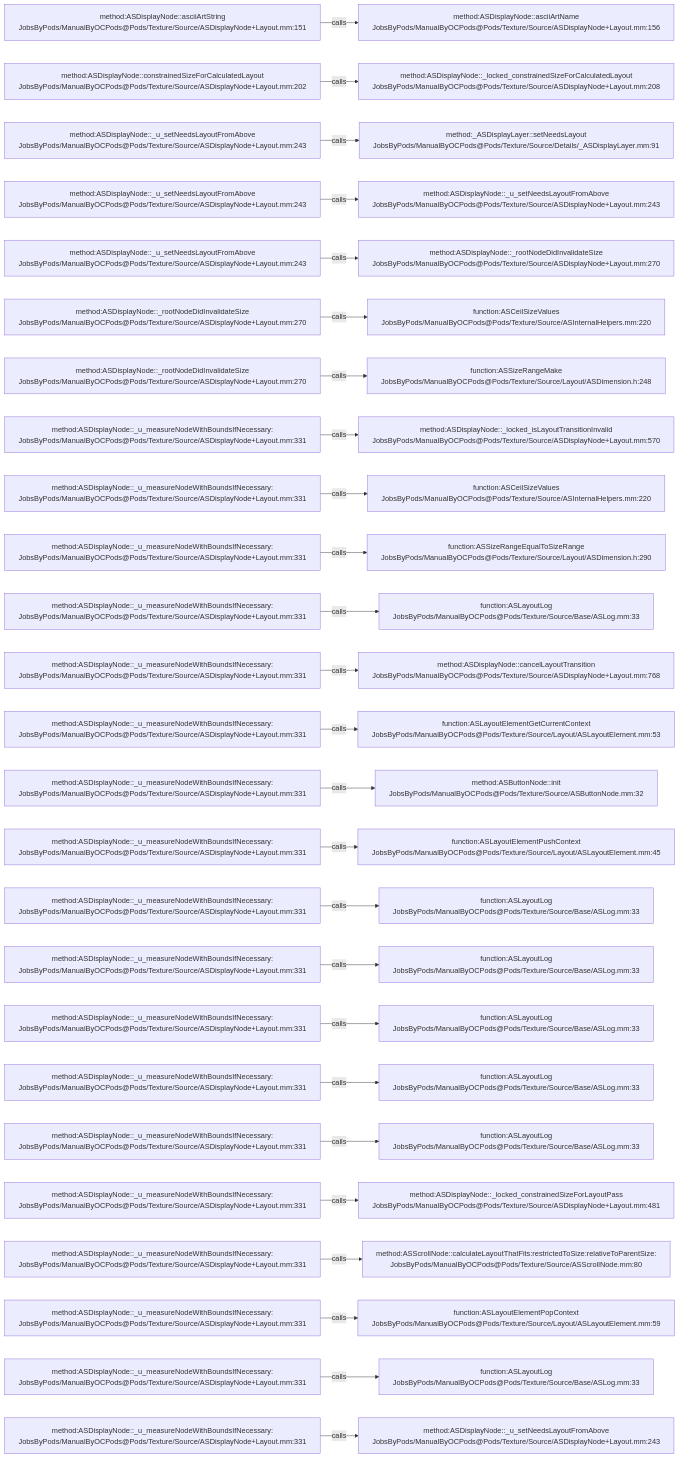
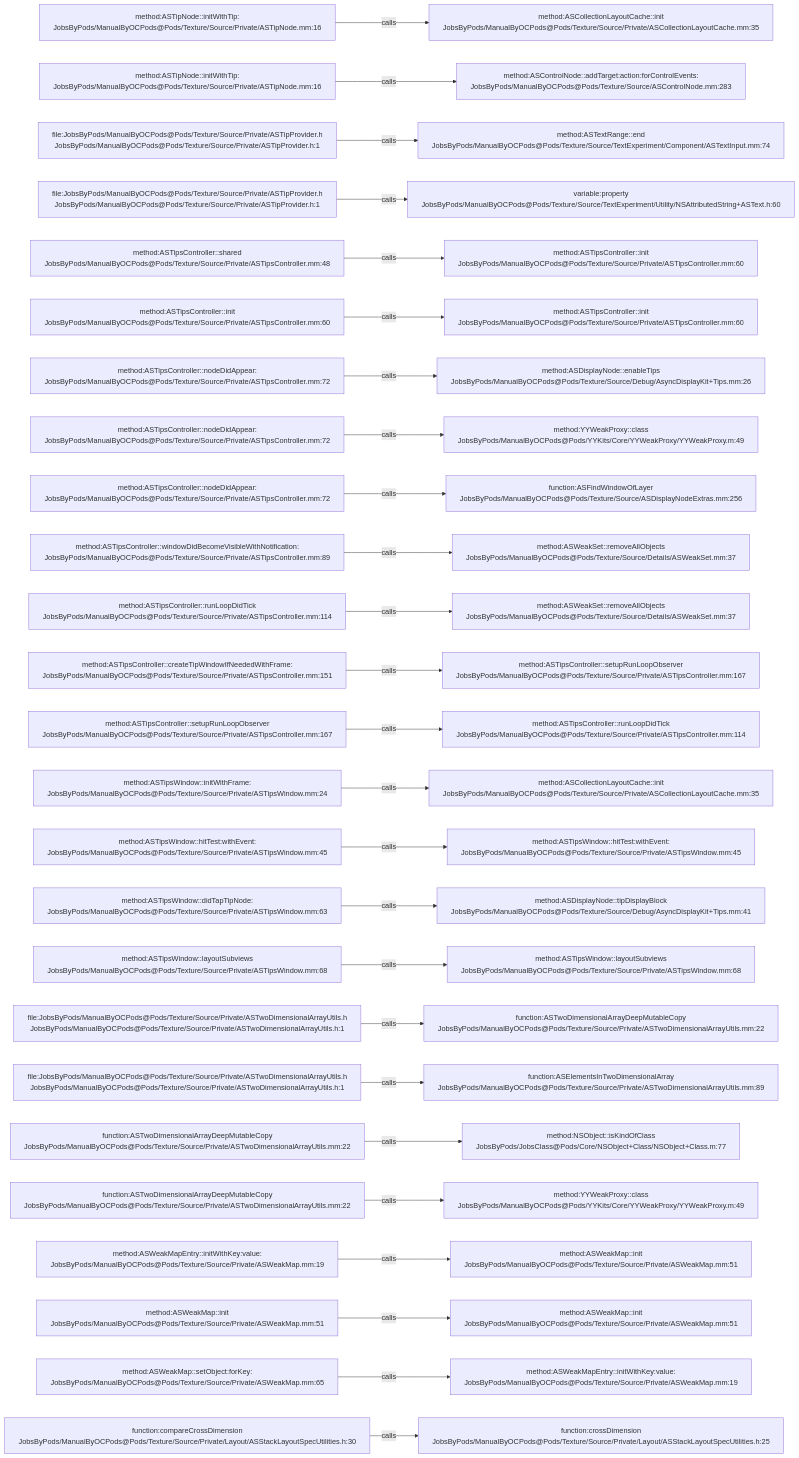
The diagram in .codegraph/codegraph.md/graphs/calls-200.md (JobsKits/JobsOCBaseConfigDemo), drawn with Mermaid before and after one commit. The commit also changed 2162 other files, not shown here.

````diff
--- a/.codegraph/codegraph.md/graphs/calls-200.md
+++ b/.codegraph/codegraph.md/graphs/calls-200.md
@@ -13,78 +13,78 @@
 ```mermaid
 flowchart LR
-  S1["method:ASDisplayNode::asciiArtString<br/>JobsByPods/ManualByOCPods@Pods/Texture/Source/ASDisplayNode+Layout.mm:151"]
-  T1["method:ASDisplayNode::asciiArtName<br/>JobsByPods/ManualByOCPods@Pods/Texture/Source/ASDisplayNode+Layout.mm:156"]
+  S1["method:ASTipNode::initWithTip:<br/>JobsByPods/ManualByOCPods@Pods/Texture/Source/Private/ASTipNode.mm:16"]
+  T1["method:ASCollectionLayoutCache::init<br/>JobsByPods/ManualByOCPods@Pods/Texture/Source/Private/ASCollectionLayoutCache.mm:35"]
   S1 -->|calls| T1
-  S2["method:ASDisplayNode::constrainedSizeForCalculatedLayout<br/>JobsByPods/ManualByOCPods@Pods/Texture/Source/ASDisplayNode+Layout.mm:202"]
-  T2["method:ASDisplayNode::_locked_constrainedSizeForCalculatedLayout<br/>JobsByPods/ManualByOCPods@Pods/Texture/Source/ASDisplayNode+Layout.mm:208"]
+  S2["method:ASTipNode::initWithTip:<br/>JobsByPods/ManualByOCPods@Pods/Texture/Source/Private/ASTipNode.mm:16"]
+  T2["method:ASControlNode::addTarget:action:forControlEvents:<br/>JobsByPods/ManualByOCPods@Pods/Texture/Source/ASControlNode.mm:283"]
   S2 -->|calls| T2
-  S3["method:ASDisplayNode::_u_setNeedsLayoutFromAbove<br/>JobsByPods/ManualByOCPods@Pods/Texture/Source/ASDisplayNode+Layout.mm:243"]
-  T3["method:_ASDisplayLayer::setNeedsLayout<br/>JobsByPods/ManualByOCPods@Pods/Texture/Source/Details/_ASDisplayLayer.mm:91"]
+  S3["file:JobsByPods/ManualByOCPods@Pods/Texture/Source/Private/ASTipProvider.h<br/>JobsByPods/ManualByOCPods@Pods/Texture/Source/Private/ASTipProvider.h:1"]
+  T3["method:ASTextRange::end<br/>JobsByPods/ManualByOCPods@Pods/Texture/Source/TextExperiment/Component/ASTextInput.mm:74"]
   S3 -->|calls| T3
-  S4["method:ASDisplayNode::_u_setNeedsLayoutFromAbove<br/>JobsByPods/ManualByOCPods@Pods/Texture/Source/ASDisplayNode+Layout.mm:243"]
-  T4["method:ASDisplayNode::_u_setNeedsLayoutFromAbove<br/>JobsByPods/ManualByOCPods@Pods/Texture/Source/ASDisplayNode+Layout.mm:243"]
+  S4["file:JobsByPods/ManualByOCPods@Pods/Texture/Source/Private/ASTipProvider.h<br/>JobsByPods/ManualByOCPods@Pods/Texture/Source/Private/ASTipProvider.h:1"]
+  T4["variable:property<br/>JobsByPods/ManualByOCPods@Pods/Texture/Source/TextExperiment/Utility/NSAttributedString+ASText.h:60"]
   S4 -->|calls| T4
-  S5["method:ASDisplayNode::_u_setNeedsLayoutFromAbove<br/>JobsByPods/ManualByOCPods@Pods/Texture/Source/ASDisplayNode+Layout.mm:243"]
-  T5["method:ASDisplayNode::_rootNodeDidInvalidateSize<br/>JobsByPods/ManualByOCPods@Pods/Texture/Source/ASDisplayNode+Layout.mm:270"]
+  S5["method:ASTipsController::shared<br/>JobsByPods/ManualByOCPods@Pods/Texture/Source/Private/ASTipsController.mm:48"]
+  T5["method:ASTipsController::init<br/>JobsByPods/ManualByOCPods@Pods/Texture/Source/Private/ASTipsController.mm:60"]
   S5 -->|calls| T5
-  S6["method:ASDisplayNode::_rootNodeDidInvalidateSize<br/>JobsByPods/ManualByOCPods@Pods/Texture/Source/ASDisplayNode+Layout.mm:270"]
-  T6["function:ASCeilSizeValues<br/>JobsByPods/ManualByOCPods@Pods/Texture/Source/ASInternalHelpers.mm:220"]
+  S6["method:ASTipsController::init<br/>JobsByPods/ManualByOCPods@Pods/Texture/Source/Private/ASTipsController.mm:60"]
+  T6["method:ASTipsController::init<br/>JobsByPods/ManualByOCPods@Pods/Texture/Source/Private/ASTipsController.mm:60"]
   S6 -->|calls| T6
-  S7["method:ASDisplayNode::_rootNodeDidInvalidateSize<br/>JobsByPods/ManualByOCPods@Pods/Texture/Source/ASDisplayNode+Layout.mm:270"]
-  T7["function:ASSizeRangeMake<br/>JobsByPods/ManualByOCPods@Pods/Texture/Source/Layout/ASDimension.h:248"]
+  S7["method:ASTipsController::nodeDidAppear:<br/>JobsByPods/ManualByOCPods@Pods/Texture/Source/Private/ASTipsController.mm:72"]
+  T7["method:ASDisplayNode::enableTips<br/>JobsByPods/ManualByOCPods@Pods/Texture/Source/Debug/AsyncDisplayKit+Tips.mm:26"]
   S7 -->|calls| T7
-  S8["method:ASDisplayNode::_u_measureNodeWithBoundsIfNecessary:<br/>JobsByPods/ManualByOCPods@Pods/Texture/Source/ASDisplayNode+Layout.mm:331"]
-  T8["method:ASDisplayNode::_locked_isLayoutTransitionInvalid<br/>JobsByPods/ManualByOCPods@Pods/Texture/Source/ASDisplayNode+Layout.mm:570"]
+  S8["method:ASTipsController::nodeDidAppear:<br/>JobsByPods/ManualByOCPods@Pods/Texture/Source/Private/ASTipsController.mm:72"]
+  T8["method:YYWeakProxy::class<br/>JobsByPods/ManualByOCPods@Pods/YYKits/Core/YYWeakProxy/YYWeakProxy.m:49"]
   S8 -->|calls| T8
-  S9["method:ASDisplayNode::_u_measureNodeWithBoundsIfNecessary:<br/>JobsByPods/ManualByOCPods@Pods/Texture/Source/ASDisplayNode+Layout.mm:331"]
-  T9["function:ASCeilSizeValues<br/>JobsByPods/ManualByOCPods@Pods/Texture/Source/ASInternalHelpers.mm:220"]
+  S9["method:ASTipsController::nodeDidAppear:<br/>JobsByPods/ManualByOCPods@Pods/Texture/Source/Private/ASTipsController.mm:72"]
+  T9["function:ASFindWindowOfLayer<br/>JobsByPods/ManualByOCPods@Pods/Texture/Source/ASDisplayNodeExtras.mm:256"]
   S9 -->|calls| T9
-  S10["method:ASDisplayNode::_u_measureNodeWithBoundsIfNecessary:<br/>JobsByPods/ManualByOCPods@Pods/Texture/Source/ASDisplayNode+Layout.mm:331"]
-  T10["function:ASSizeRangeEqualToSizeRange<br/>JobsByPods/ManualByOCPods@Pods/Texture/Source/Layout/ASDimension.h:290"]
+  S10["method:ASTipsController::windowDidBecomeVisibleWithNotification:<br/>JobsByPods/ManualByOCPods@Pods/Texture/Source/Private/ASTipsController.mm:89"]
+  T10["method:ASWeakSet::removeAllObjects<br/>JobsByPods/ManualByOCPods@Pods/Texture/Source/Details/ASWeakSet.mm:37"]
   S10 -->|calls| T10
-  S11["method:ASDisplayNode::_u_measureNodeWithBoundsIfNecessary:<br/>JobsByPods/ManualByOCPods@Pods/Texture/Source/ASDisplayNode+Layout.mm:331"]
-  T11["function:ASLayoutLog<br/>JobsByPods/ManualByOCPods@Pods/Texture/Source/Base/ASLog.mm:33"]
+  S11["method:ASTipsController::runLoopDidTick<br/>JobsByPods/ManualByOCPods@Pods/Texture/Source/Private/ASTipsController.mm:114"]
+  T11["method:ASWeakSet::removeAllObjects<br/>JobsByPods/ManualByOCPods@Pods/Texture/Source/Details/ASWeakSet.mm:37"]
   S11 -->|calls| T11
-  S12["method:ASDisplayNode::_u_measureNodeWithBoundsIfNecessary:<br/>JobsByPods/ManualByOCPods@Pods/Texture/Source/ASDisplayNode+Layout.mm:331"]
-  T12["method:ASDisplayNode::cancelLayoutTransition<br/>JobsByPods/ManualByOCPods@Pods/Texture/Source/ASDisplayNode+Layout.mm:768"]
+  S12["method:ASTipsController::createTipWindowIfNeededWithFrame:<br/>JobsByPods/ManualByOCPods@Pods/Texture/Source/Private/ASTipsController.mm:151"]
+  T12["method:ASTipsController::setupRunLoopObserver<br/>JobsByPods/ManualByOCPods@Pods/Texture/Source/Private/ASTipsController.mm:167"]
   S12 -->|calls| T12
-  S13["method:ASDisplayNode::_u_measureNodeWithBoundsIfNecessary:<br/>JobsByPods/ManualByOCPods@Pods/Texture/Source/ASDisplayNode+Layout.mm:331"]
-  T13["function:ASLayoutElementGetCurrentContext<br/>JobsByPods/ManualByOCPods@Pods/Texture/Source/Layout/ASLayoutElement.mm:53"]
+  S13["method:ASTipsController::setupRunLoopObserver<br/>JobsByPods/ManualByOCPods@Pods/Texture/Source/Private/ASTipsController.mm:167"]
+  T13["method:ASTipsController::runLoopDidTick<br/>JobsByPods/ManualByOCPods@Pods/Texture/Source/Private/ASTipsController.mm:114"]
   S13 -->|calls| T13
-  S14["method:ASDisplayNode::_u_measureNodeWithBoundsIfNecessary:<br/>JobsByPods/ManualByOCPods@Pods/Texture/Source/ASDisplayNode+Layout.mm:331"]
-  T14["method:ASButtonNode::init<br/>JobsByPods/ManualByOCPods@Pods/Texture/Source/ASButtonNode.mm:32"]
+  S14["method:ASTipsWindow::initWithFrame:<br/>JobsByPods/ManualByOCPods@Pods/Texture/Source/Private/ASTipsWindow.mm:24"]
+  T14["method:ASCollectionLayoutCache::init<br/>JobsByPods/ManualByOCPods@Pods/Texture/Source/Private/ASCollectionLayoutCache.mm:35"]
   S14 -->|calls| T14
-  S15["method:ASDisplayNode::_u_measureNodeWithBoundsIfNecessary:<br/>JobsByPods/ManualByOCPods@Pods/Texture/Source/ASDisplayNode+Layout.mm:331"]
-  T15["function:ASLayoutElementPushContext<br/>JobsByPods/ManualByOCPods@Pods/Texture/Source/Layout/ASLayoutElement.mm:45"]
+  S15["method:ASTipsWindow::hitTest:withEvent:<br/>JobsByPods/ManualByOCPods@Pods/Texture/Source/Private/ASTipsWindow.mm:45"]
+  T15["method:ASTipsWindow::hitTest:withEvent:<br/>JobsByPods/ManualByOCPods@Pods/Texture/Source/Private/ASTipsWindow.mm:45"]
   S15 -->|calls| T15
-  S16["method:ASDisplayNode::_u_measureNodeWithBoundsIfNecessary:<br/>JobsByPods/ManualByOCPods@Pods/Texture/Source/ASDisplayNode+Layout.mm:331"]
-  T16["function:ASLayoutLog<br/>JobsByPods/ManualByOCPods@Pods/Texture/Source/Base/ASLog.mm:33"]
+  S16["method:ASTipsWindow::didTapTipNode:<br/>JobsByPods/ManualByOCPods@Pods/Texture/Source/Private/ASTipsWindow.mm:63"]
+  T16["method:ASDisplayNode::tipDisplayBlock<br/>JobsByPods/ManualByOCPods@Pods/Texture/Source/Debug/AsyncDisplayKit+Tips.mm:41"]
   S16 -->|calls| T16
-  S17["method:ASDisplayNode::_u_measureNodeWithBoundsIfNecessary:<br/>JobsByPods/ManualByOCPods@Pods/Texture/Source/ASDisplayNode+Layout.mm:331"]
-  T17["function:ASLayoutLog<br/>JobsByPods/ManualByOCPods@Pods/Texture/Source/Base/ASLog.mm:33"]
+  S17["method:ASTipsWindow::layoutSubviews<br/>JobsByPods/ManualByOCPods@Pods/Texture/Source/Private/ASTipsWindow.mm:68"]
+  T17["method:ASTipsWindow::layoutSubviews<br/>JobsByPods/ManualByOCPods@Pods/Texture/Source/Private/ASTipsWindow.mm:68"]
   S17 -->|calls| T17
-  S18["method:ASDisplayNode::_u_measureNodeWithBoundsIfNecessary:<br/>JobsByPods/ManualByOCPods@Pods/Texture/Source/ASDisplayNode+Layout.mm:331"]
-  T18["function:ASLayoutLog<br/>JobsByPods/ManualByOCPods@Pods/Texture/Source/Base/ASLog.mm:33"]
+  S18["file:JobsByPods/ManualByOCPods@Pods/Texture/Source/Private/ASTwoDimensionalArrayUtils.h<br/>JobsByPods/ManualByOCPods@Pods/Texture/Source/Private/ASTwoDimensionalArrayUtils.h:1"]
+  T18["function:ASTwoDimensionalArrayDeepMutableCopy<br/>JobsByPods/ManualByOCPods@Pods/Texture/Source/Private/ASTwoDimensionalArrayUtils.mm:22"]
   S18 -->|calls| T18
-  S19["method:ASDisplayNode::_u_measureNodeWithBoundsIfNecessary:<br/>JobsByPods/ManualByOCPods@Pods/Texture/Source/ASDisplayNode+Layout.mm:331"]
-  T19["function:ASLayoutLog<br/>JobsByPods/ManualByOCPods@Pods/Texture/Source/Base/ASLog.mm:33"]
+  S19["file:JobsByPods/ManualByOCPods@Pods/Texture/Source/Private/ASTwoDimensionalArrayUtils.h<br/>JobsByPods/ManualByOCPods@Pods/Texture/Source/Private/ASTwoDimensionalArrayUtils.h:1"]
+  T19["function:ASElementsInTwoDimensionalArray<br/>JobsByPods/ManualByOCPods@Pods/Texture/Source/Private/ASTwoDimensionalArrayUtils.mm:89"]
   S19 -->|calls| T19
-  S20["method:ASDisplayNode::_u_measureNodeWithBoundsIfNecessary:<br/>JobsByPods/ManualByOCPods@Pods/Texture/Source/ASDisplayNode+Layout.mm:331"]
-  T20["function:ASLayoutLog<br/>JobsByPods/ManualByOCPods@Pods/Texture/Source/Base/ASLog.mm:33"]
+  S20["function:ASTwoDimensionalArrayDeepMutableCopy<br/>JobsByPods/ManualByOCPods@Pods/Texture/Source/Private/ASTwoDimensionalArrayUtils.mm:22"]
+  T20["method:NSObject::isKindOfClass<br/>JobsByPods/JobsClass@Pods/Core/NSObject+Class/NSObject+Class.m:77"]
   S20 -->|calls| T20
-  S21["method:ASDisplayNode::_u_measureNodeWithBoundsIfNecessary:<br/>JobsByPods/ManualByOCPods@Pods/Texture/Source/ASDisplayNode+Layout.mm:331"]
-  T21["method:ASDisplayNode::_locked_constrainedSizeForLayoutPass<br/>JobsByPods/ManualByOCPods@Pods/Texture/Source/ASDisplayNode+Layout.mm:481"]
+  S21["function:ASTwoDimensionalArrayDeepMutableCopy<br/>JobsByPods/ManualByOCPods@Pods/Texture/Source/Private/ASTwoDimensionalArrayUtils.mm:22"]
+  T21["method:YYWeakProxy::class<br/>JobsByPods/ManualByOCPods@Pods/YYKits/Core/YYWeakProxy/YYWeakProxy.m:49"]
   S21 -->|calls| T21
-  S22["method:ASDisplayNode::_u_measureNodeWithBoundsIfNecessary:<br/>JobsByPods/ManualByOCPods@Pods/Texture/Source/ASDisplayNode+Layout.mm:331"]
-  T22["method:ASScrollNode::calculateLayoutThatFits:restrictedToSize:relativeToParentSize:<br/>JobsByPods/ManualByOCPods@Pods/Texture/Source/ASScrollNode.mm:80"]
+  S22["method:ASWeakMapEntry::initWithKey:value:<br/>JobsByPods/ManualByOCPods@Pods/Texture/Source/Private/ASWeakMap.mm:19"]
+  T22["method:ASWeakMap::init<br/>JobsByPods/ManualByOCPods@Pods/Texture/Source/Private/ASWeakMap.mm:51"]
   S22 -->|calls| T22
-  S23["method:ASDisplayNode::_u_measureNodeWithBoundsIfNecessary:<br/>JobsByPods/ManualByOCPods@Pods/Texture/Source/ASDisplayNode+Layout.mm:331"]
-  T23["function:ASLayoutElementPopContext<br/>JobsByPods/ManualByOCPods@Pods/Texture/Source/Layout/ASLayoutElement.mm:59"]
+  S23["method:ASWeakMap::init<br/>JobsByPods/ManualByOCPods@Pods/Texture/Source/Private/ASWeakMap.mm:51"]
+  T23["method:ASWeakMap::init<br/>JobsByPods/ManualByOCPods@Pods/Texture/Source/Private/ASWeakMap.mm:51"]
   S23 -->|calls| T23
-  S24["method:ASDisplayNode::_u_measureNodeWithBoundsIfNecessary:<br/>JobsByPods/ManualByOCPods@Pods/Texture/Source/ASDisplayNode+Layout.mm:331"]
-  T24["function:ASLayoutLog<br/>JobsByPods/ManualByOCPods@Pods/Texture/Source/Base/ASLog.mm:33"]
+  S24["method:ASWeakMap::setObject:forKey:<br/>JobsByPods/ManualByOCPods@Pods/Texture/Source/Private/ASWeakMap.mm:65"]
+  T24["method:ASWeakMapEntry::initWithKey:value:<br/>JobsByPods/ManualByOCPods@Pods/Texture/Source/Private/ASWeakMap.mm:19"]
   S24 -->|calls| T24
-  S25["method:ASDisplayNode::_u_measureNodeWithBoundsIfNecessary:<br/>JobsByPods/ManualByOCPods@Pods/Texture/Source/ASDisplayNode+Layout.mm:331"]
-  T25["method:ASDisplayNode::_u_setNeedsLayoutFromAbove<br/>JobsByPods/ManualByOCPods@Pods/Texture/Source/ASDisplayNode+Layout.mm:243"]
+  S25["function:compareCrossDimension<br/>JobsByPods/ManualByOCPods@Pods/Texture/Source/Private/Layout/ASStackLayoutSpecUtilities.h:30"]
+  T25["function:crossDimension<br/>JobsByPods/ManualByOCPods@Pods/Texture/Source/Private/Layout/ASStackLayoutSpecUtilities.h:25"]
   S25 -->|calls| T25
 ```
````
